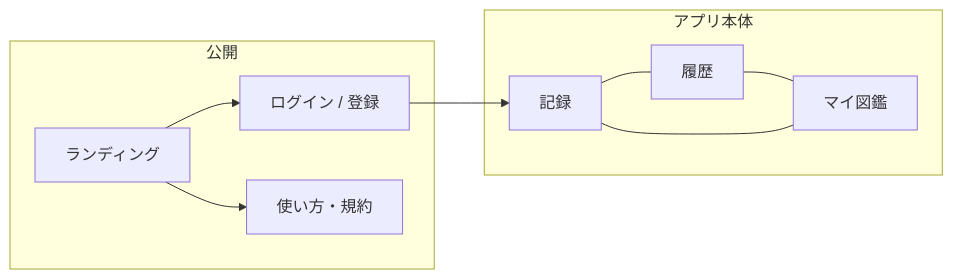
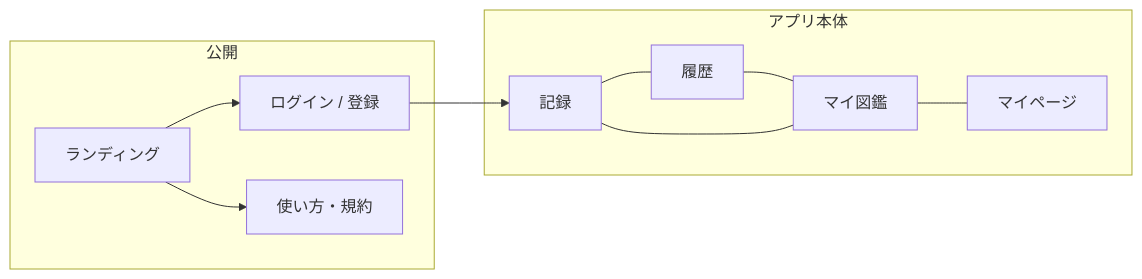
The diagram in docs/screens/overview.md (honeston/fissingplotter), drawn with Mermaid before and after one commit. The commit also changed other lines of this file and 12 other files, not shown here.

Commit message:
マイページをボトムナビの図鑑の右に戻し、上バーはクラウド時のログイン表示だけにする。

````diff
--- a/docs/screens/overview.md
+++ b/docs/screens/overview.md
@@ -24,21 +24,23 @@
 ```mermaid
 flowchart LR
   subgraph public ["公開"]
     Land["ランディング"]
     Auth["ログイン / 登録"]
     Legal["使い方・規約"]
   end
 
   subgraph app ["アプリ本体"]
     Rec["記録"]
     Hist["履歴"]
     Enc["マイ図鑑"]
+    My["マイページ"]
   end
 
   Land --> Auth
   Land --> Legal
   Auth --> Rec
   Rec --- Hist
   Hist --- Enc
+  Enc --- My
   Rec --- Enc
 ```
````
